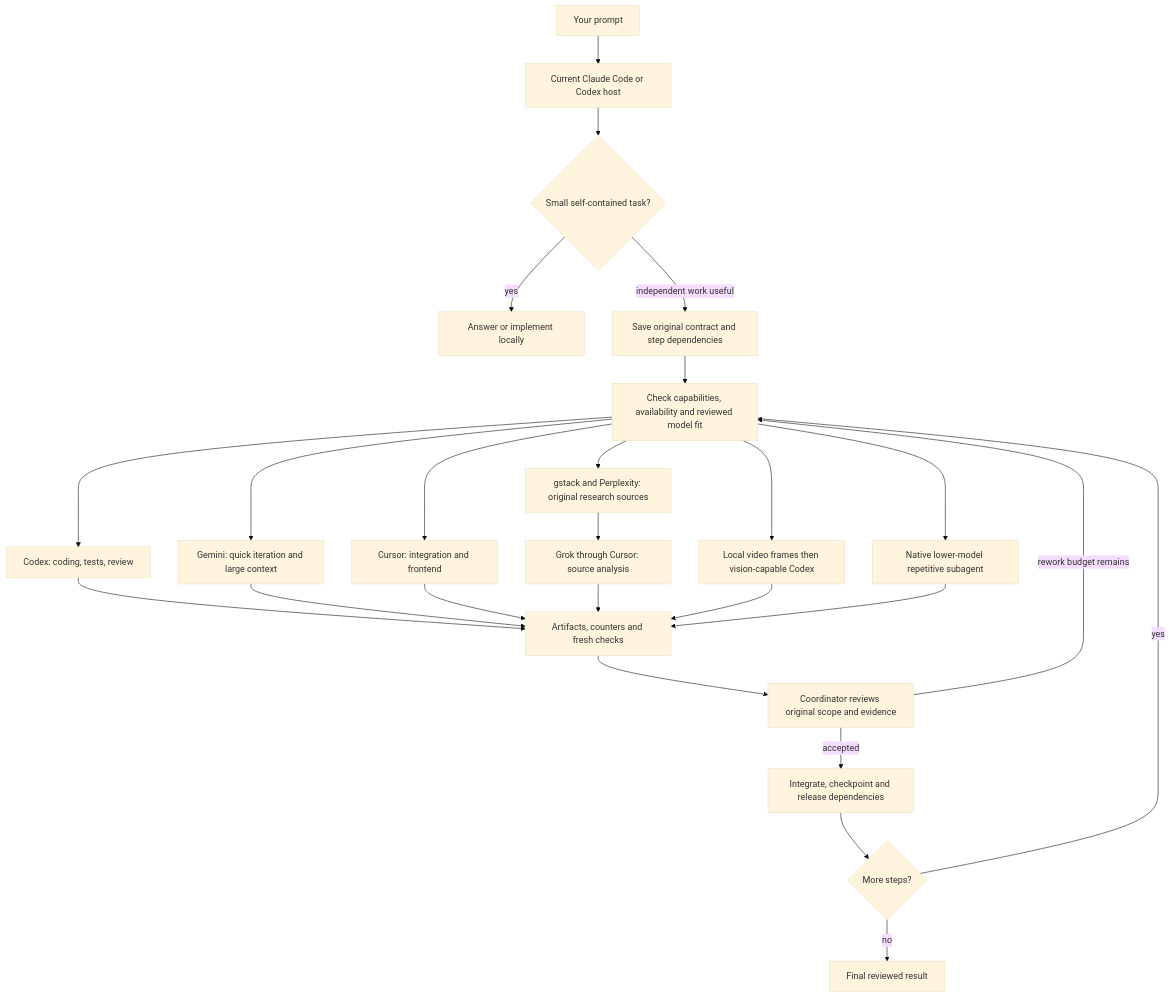
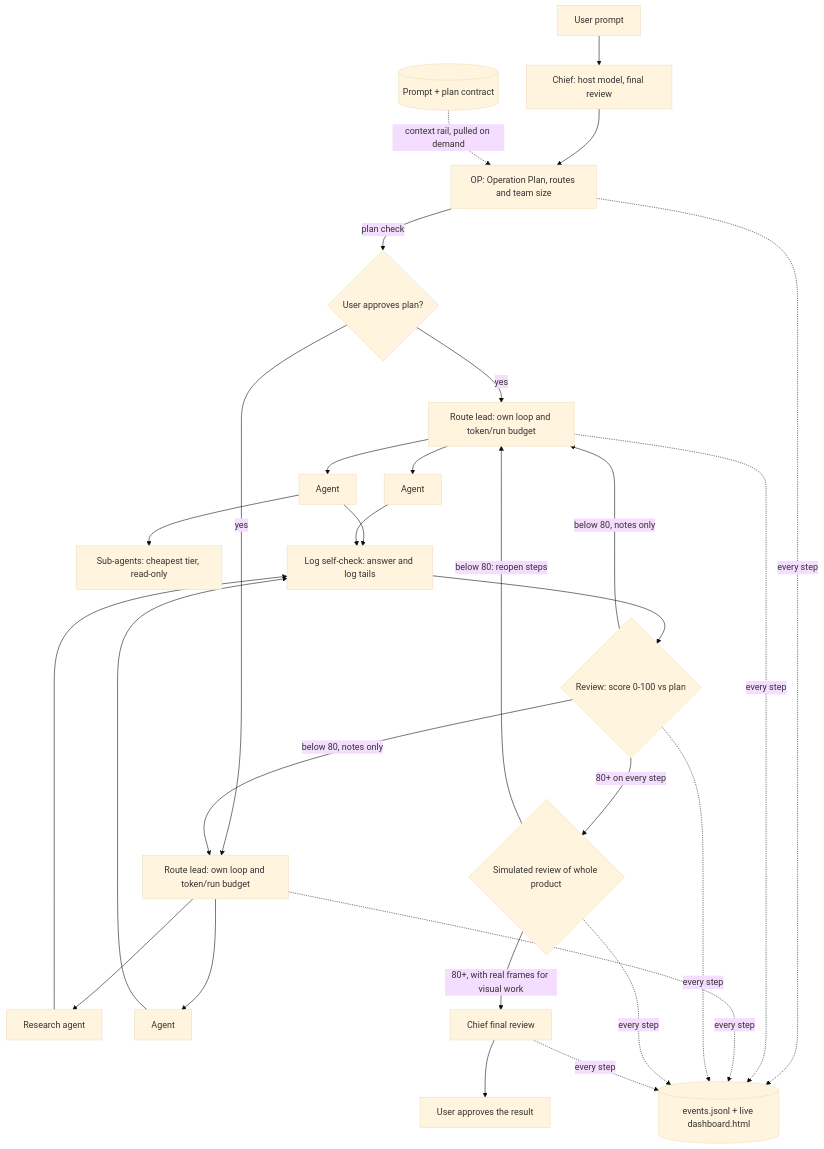
Before and after one commit to olivergoldberg15-bit/DeltaRoute: the diagram in docs/ARCHITECTURE.md, drawn with Mermaid (base theme). The commit also changed other lines of this file and 14 other files, not shown here.

````diff
--- a/docs/ARCHITECTURE.md
+++ b/docs/ARCHITECTURE.md
@@ -8,22 +9,21 @@
 ```mermaid
 flowchart TD
-  U[Your prompt] --> H[Current Claude Code or Codex host]
-  H --> S{Small self-contained task?}
-  S -->|yes| L[Answer or implement locally]
-  S -->|independent work useful| C[Save original contract and step dependencies]
-  C --> R[Check capabilities, availability and reviewed model fit]
-  R --> X[Codex: coding, tests, review]
-  R --> G[Gemini: quick iteration and large context]
-  R --> I[Cursor: integration and frontend]
-  R --> P[gstack and Perplexity: original research sources]
-  P --> K[Grok through Cursor: source analysis]
-  R --> V[Local video frames then vision-capable Codex]
-  R --> N[Native lower-model repetitive subagent]
-  X & G & I & K & V & N --> E[Artifacts, counters and fresh checks]
-  E --> Q[Coordinator reviews original scope and evidence]
-  Q -->|accepted| A[Integrate, checkpoint and release dependencies]
-  Q -->|rework budget remains| R
-  A --> F{More steps?}
-  F -->|yes| R
-  F -->|no| Z[Final reviewed result]
+  U[User prompt] --> C[Chief: host model, final review]
+  C --> OP[OP: Operation Plan, routes and team size]
+  P[(Prompt + plan contract)] -.context rail, pulled on demand.-> OP
+  OP -->|plan check| U2{User approves plan?}
+  U2 -->|yes| R2[Route lead: own loop and token/run budget]
+  U2 -->|yes| R3[Route lead: own loop and token/run budget]
+  R2 --> A4[Agent] & A5[Agent]
+  R3 --> A7[Research agent] & A8[Agent]
+  A4 --> S1[Sub-agents: cheapest tier, read-only]
+  A4 & A5 & A7 & A8 --> L[Log self-check: answer and log tails]
+  L --> RV{Review: score 0-100 vs plan}
+  RV -->|below 80, notes only| R2
+  RV -->|below 80, notes only| R3
+  RV -->|80+ on every step| SIM{Simulated review of whole product}
+  SIM -->|below 80: reopen steps| R2
+  SIM -->|80+, with real frames for visual work| CF[Chief final review]
+  CF --> H[User approves the result]
+  OP & R2 & R3 & RV & SIM & CF -.every step.-> D[(events.jsonl + live dashboard.html)]
 ```
````
